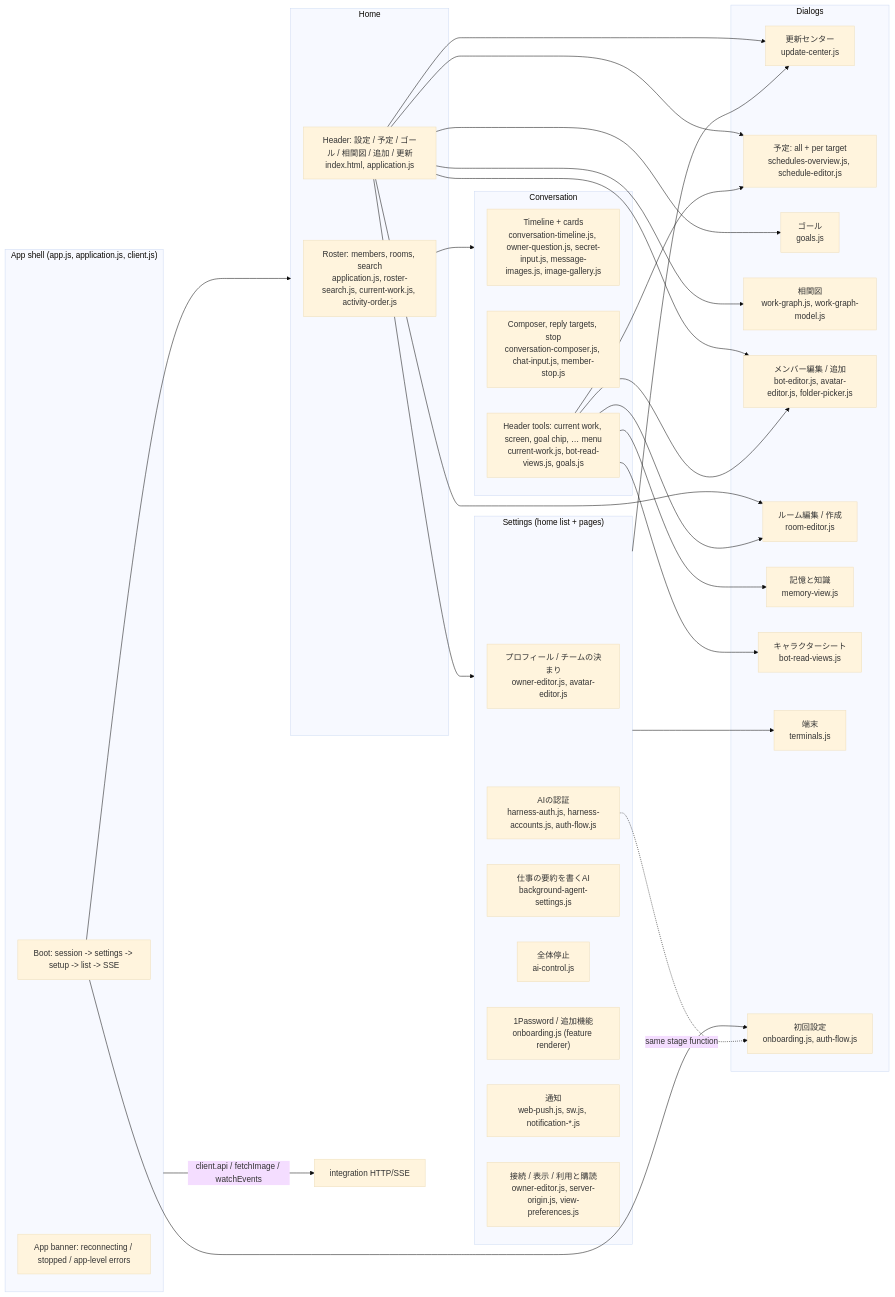
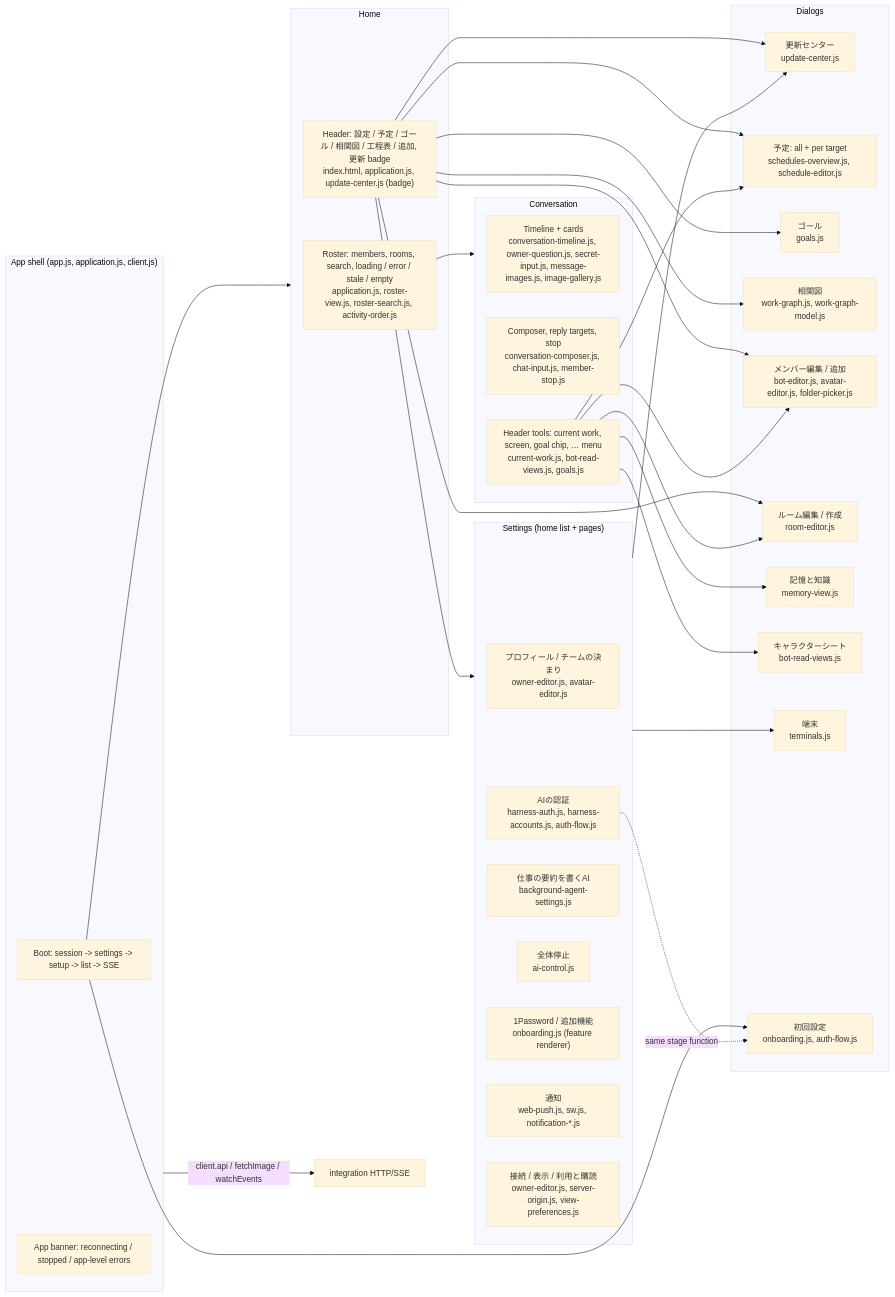
The diagram in docs/architecture/modules/web/user-functions.md (kitepon/BellTeam), drawn with Mermaid (base theme) before and after one commit. The commit also changed 15 other files, not shown here.

First line of the commit message:
Web home: roster rows, header labels and update badge, chat header state (user-paths 2.1-2.3, W21, W24)

````diff
--- a/docs/architecture/modules/web/user-functions.md
+++ b/docs/architecture/modules/web/user-functions.md
@@ -5,56 +5,56 @@
 ```mermaid
 flowchart LR
   subgraph Shell["App shell (app.js, application.js, client.js)"]
     Boot["Boot: session -> settings -> setup -> list -> SSE"]
     Banner["App banner: reconnecting / stopped / app-level errors"]
   end
   subgraph Home["Home"]
-    Roster["Roster: members, rooms, search<br/>application.js, roster-search.js, current-work.js, activity-order.js"]
-    Header["Header: 設定 / 予定 / ゴール / 相関図 / 追加 / 更新<br/>index.html, application.js"]
+    Roster["Roster: members, rooms, search, loading / error / stale / empty<br/>application.js, roster-view.js, roster-search.js, activity-order.js"]
+    Header["Header: 設定 / 予定 / ゴール / 相関図 / 工程表 / 追加, 更新 badge<br/>index.html, application.js, update-center.js (badge)"]
   end
   subgraph Chat["Conversation"]
     Timeline["Timeline + cards<br/>conversation-timeline.js, owner-question.js, secret-input.js, message-images.js, image-gallery.js"]
     Composer["Composer, reply targets, stop<br/>conversation-composer.js, chat-input.js, member-stop.js"]
     ChatTools["Header tools: current work, screen, goal chip, … menu<br/>current-work.js, bot-read-views.js, goals.js"]
   end
   subgraph Settings["Settings (home list + pages)"]
     SProfile["プロフィール / チームの決まり<br/>owner-editor.js, avatar-editor.js"]
     SAI["AIの認証<br/>harness-auth.js, harness-accounts.js, auth-flow.js"]
     SSum["仕事の要約を書くAI<br/>background-agent-settings.js"]
     SStop["全体停止<br/>ai-control.js"]
     SFeat["1Password / 追加機能<br/>onboarding.js (feature renderer)"]
     SNotif["通知<br/>web-push.js, sw.js, notification-*.js"]
     SConn["接続 / 表示 / 利用と購読<br/>owner-editor.js, server-origin.js, view-preferences.js"]
   end
   subgraph Dialogs["Dialogs"]
     Upd["更新センター<br/>update-center.js"]
     Sched["予定: all + per target<br/>schedules-overview.js, schedule-editor.js"]
     Goals["ゴール<br/>goals.js"]
     Graph["相関図<br/>work-graph.js, work-graph-model.js"]
     Member["メンバー編集 / 追加<br/>bot-editor.js, avatar-editor.js, folder-picker.js"]
     Room["ルーム編集 / 作成<br/>room-editor.js"]
     Memory["記憶と知識<br/>memory-view.js"]
     Sheet["キャラクターシート<br/>bot-read-views.js"]
     Term["端末<br/>terminals.js"]
     Onb["初回設定<br/>onboarding.js, auth-flow.js"]
   end
   Boot --> Home
   Boot --> Onb
   Header --> Settings
   Header --> Sched
   Header --> Goals
   Header --> Graph
   Header --> Upd
   Header --> Member
   Header --> Room
   Roster --> Chat
   ChatTools --> Member
   ChatTools --> Room
   ChatTools --> Sched
   ChatTools --> Memory
   ChatTools --> Sheet
   SAI -.same stage function.-> Onb
   Settings --> Term
   Settings --> Upd
   Shell -->|"client.api / fetchImage / watchEvents"| HTTP["integration HTTP/SSE"]
 ```
````
